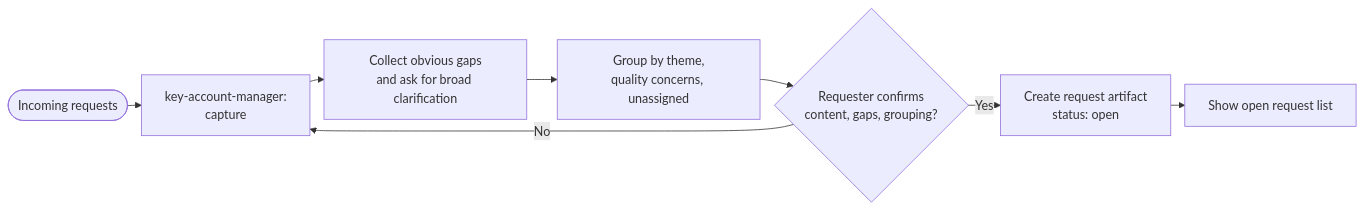
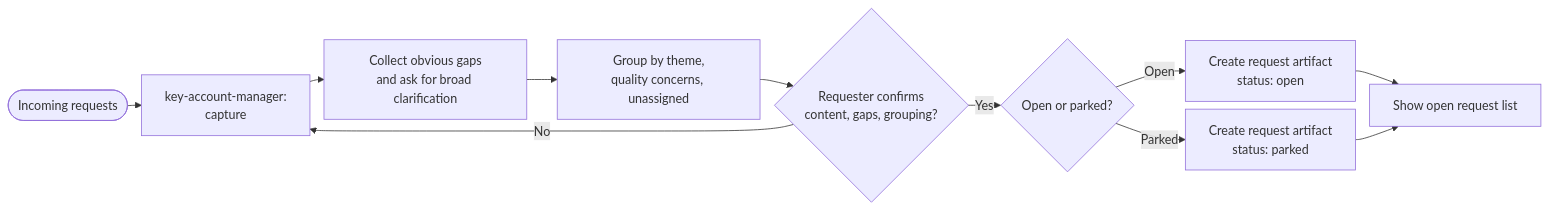
The diagram in workflows/orchestrator/1-Request_intake.md (lyndametref/opencode-dev-workflow), drawn with Mermaid before and after one commit. The commit also changed other lines of this file and 9 other files, not shown here.

````diff
--- a/workflows/orchestrator/1-Request_intake.md
+++ b/workflows/orchestrator/1-Request_intake.md
@@ -15,11 +15,14 @@
 ```mermaid
 %%{init: {"flowchart": {"nodeSpacing": 10, "rankSpacing": 18}}}%%
 flowchart LR
     START([Incoming requests]) --> CAP["key-account-manager:<br/>capture"]
     CAP --> GAP["Collect obvious gaps<br/>and ask for broad clarification"]
     GAP --> GROUP["Group by theme,<br/>quality concerns, unassigned"]
     GROUP --> CONFIRM{"Requester confirms<br/>content, gaps, grouping?"}
     CONFIRM -->|"No"| CAP
-    CONFIRM -->|"Yes"| ART["Create request artifact<br/>status: open"]
+    CONFIRM -->|"Yes"| HOLD{"Open or parked?"}
+    HOLD -->|"Open"| ART["Create request artifact<br/>status: open"]
+    HOLD -->|"Parked"| PARK["Create request artifact<br/>status: parked"]
     ART --> LIST["Show open request list"]
+    PARK --> LIST
 ```
````
